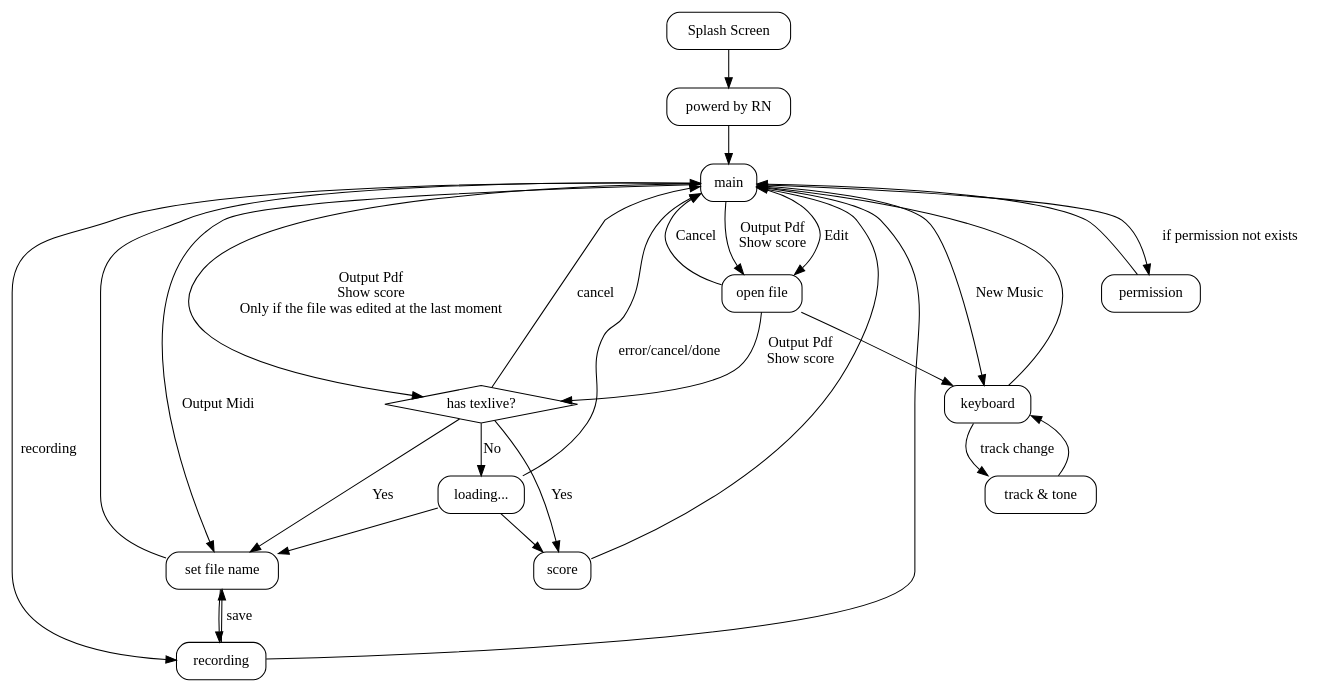
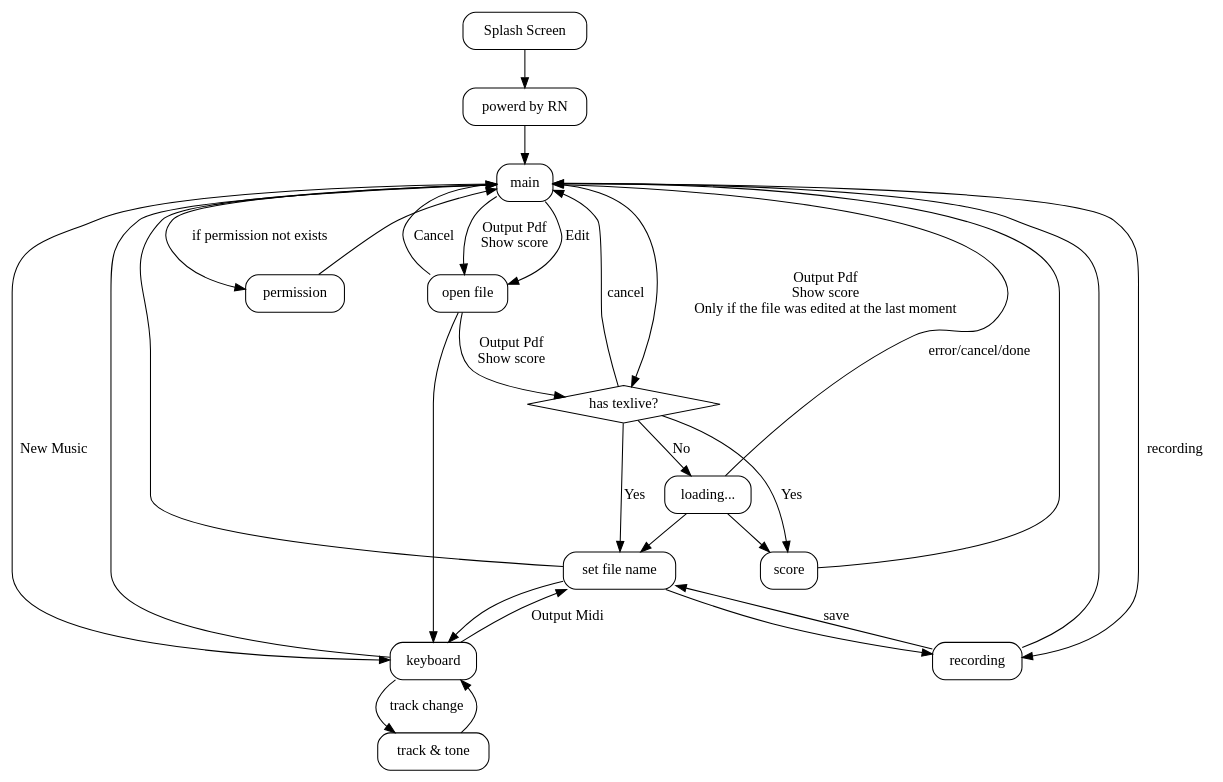
The diagram in doc/view_transition.dot (tyano461/printmidi), drawn with Graphviz before and after one commit. The commit also changed 35 other files, not shown here.

```diff
--- a/doc/view_transition.dot
+++ b/doc/view_transition.dot
@@ -1,48 +1,49 @@
 digraph G {
     rankdir="TD"
     node[shape="box",style="rounded"]
 
     logo[label="Splash Screen"]
     rn[label="powerd by RN"]
     main[label="main"]
     file[label="set file name"]
     ofile[label="open file"]
     kbd[label="keyboard"]
     score[label="score"]
     dl[label="loading..."]
     tex[label="has texlive?", shape="diamond", style=""]
     track[label="track & tone"]
     auth[label="permission"]
 
     rec[label="recording"]
 
     logo -> rn
     rn -> main
     main -> auth[label="if permission not exists"]
     auth -> main
-    main -> file[label="Output Midi"]
+    kbd -> file[label="Output Midi"]
+    file -> kbd
     main -> ofile[label="Output Pdf\nShow score"]
     main -> tex[label="Output Pdf\nShow score\nOnly if the file was edited at the last moment"]
     ofile -> tex[label="Output Pdf\nShow score"]
     tex-> main[label="cancel"]
     tex -> dl[label="No"]
     tex -> file[label="Yes"]
     tex -> score[label="Yes"]
     main->rec[label="recording"]
     rec -> file[label="save"]
     file -> rec
     rec -> main
     dl -> file
     dl -> score
     dl -> main[label="error/cancel/done"]
     file -> main
     main -> kbd[label="New Music"]
     main -> ofile[label="Edit"]
     ofile -> main[label="Cancel"]
     ofile -> kbd
     kbd -> main
     kbd -> track[label="track change"]
     track -> kbd
     score -> main
 
 }
```
